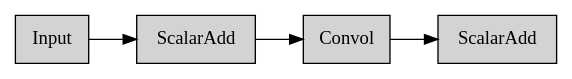
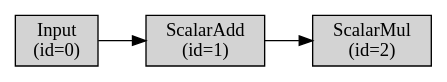
Before and after one commit to canne16/EasyTensor: the diagram in build/network_graph.dot, drawn with Graphviz. The commit also changed 15 other files, not shown here.

```diff
--- a/build/network_graph.dot
+++ b/build/network_graph.dot
@@ -1,11 +1,9 @@
 digraph NeuralNetwork {
     rankdir=LR;
     node [shape=box, style=filled, fillcolor=lightgray];
-    node7 [label="ScalarAdd"];
-    node6 -> node7;
-    node6 [label="Convol"];
-    node5 -> node6;
-    node5 [label="ScalarAdd"];
-    node0 -> node5;
-    node0 [label="Input"];
+    node0 [label="Input\n(id=0)"];
+    node2 [label="ScalarMul\n(id=2)"];
+    node1 [label="ScalarAdd\n(id=1)"];
+    node0 -> node1;
+    node1 -> node2;
 }
```
